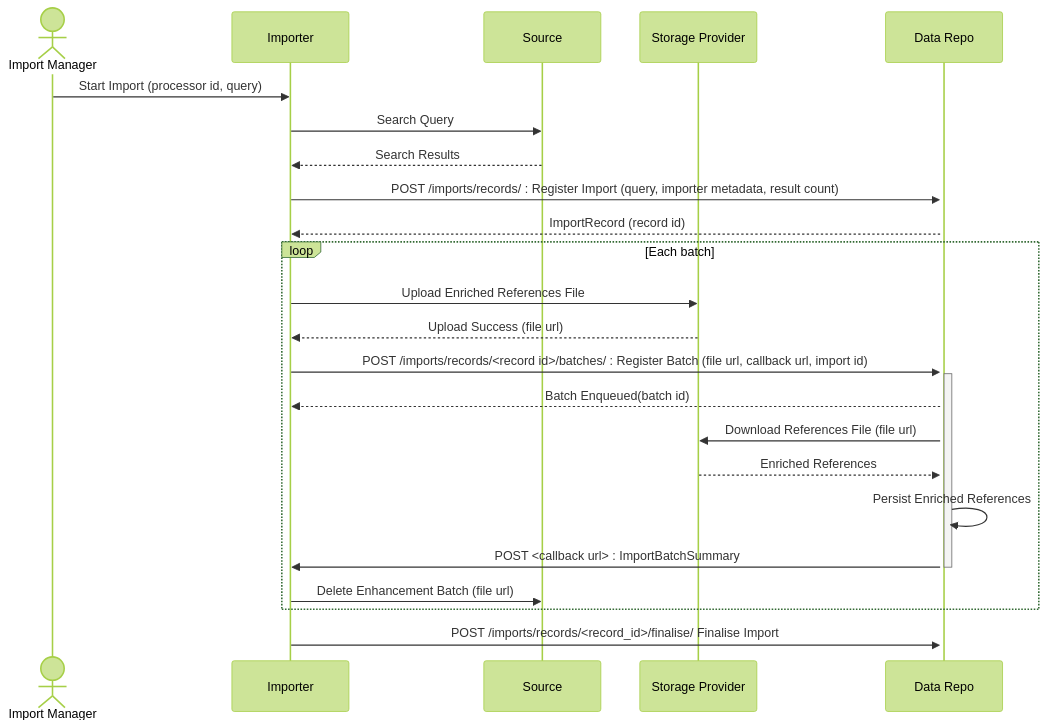
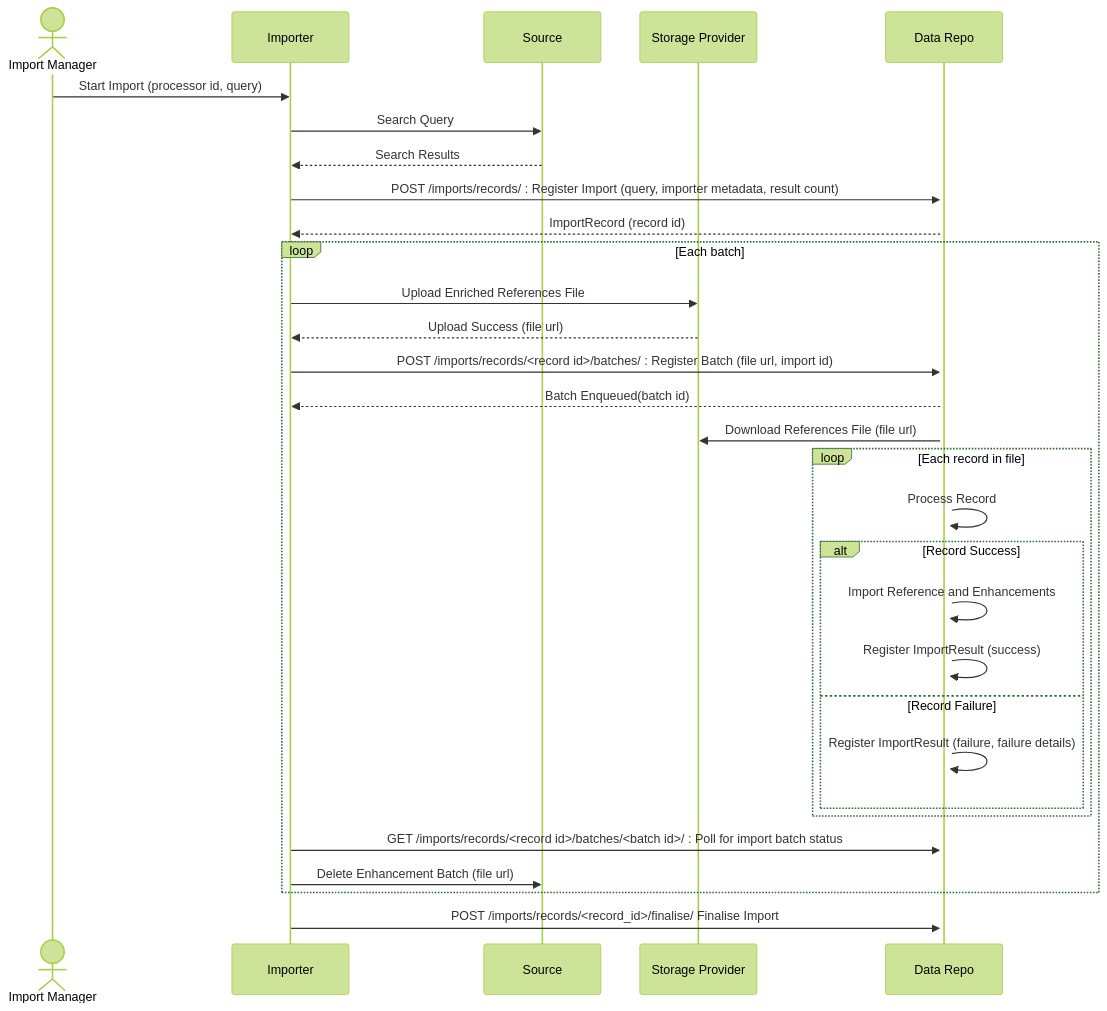
The first of 2 diagrams in docs/procedures/batch-importing.rst (destiny-evidence/destiny-repository), drawn with Mermaid (forest theme) before and after one commit. The commit also changed other lines of this file and 15 other files, not shown here.

Commit message:
added a couple of tests, removed callback_url

```diff
--- a/docs/procedures/batch-importing.rst
+++ b/docs/procedures/batch-importing.rst
@@ -13,25 +13,32 @@
 .. mermaid::
 
     sequenceDiagram
         actor M as Import Manager
         participant I as Importer
         participant S as Source
         participant SP as Storage Provider
         participant R as Data Repo
         M ->> I: Start Import (processor id, query)
         I ->> S: Search Query
         S -->> I: Search Results
         I ->>+ R: POST /imports/records/ : Register Import (query, importer metadata, result count)
         R -->> I: ImportRecord (record id)
         loop Each batch
             I ->> SP: Upload Enriched References File
             SP -->> I: Upload Success (file url)
-            I ->>+ R: POST /imports/records/<record id>/batches/ : Register Batch (file url, callback url, import id)
+            I ->>+ R: POST /imports/records/<record id>/batches/ : Register Batch (file url, import id)
             R -->> I: Batch Enqueued(batch id)
             R ->> SP: Download References File (file url)
-            SP -->> R: Enriched References
-            R ->> R: Persist Enriched References
-            R ->>- I: POST <callback url> : ImportBatchSummary
+            loop Each record in file
+                R ->> R: Process Record
+                alt Record Success
+                    R ->> R: Import Reference and Enhancements
+                    R ->> R: Register ImportResult (success)
+                else Record Failure
+                    R ->> R: Register ImportResult (failure, failure details)
+                end
+            end
+            I ->>R: GET /imports/records/<record id>/batches/<batch id>/ : Poll for import batch status
             I ->> S: Delete Enhancement Batch (file url)
         end
         I ->> R: POST /imports/records/<record_id>/finalise/ Finalise Import
```
